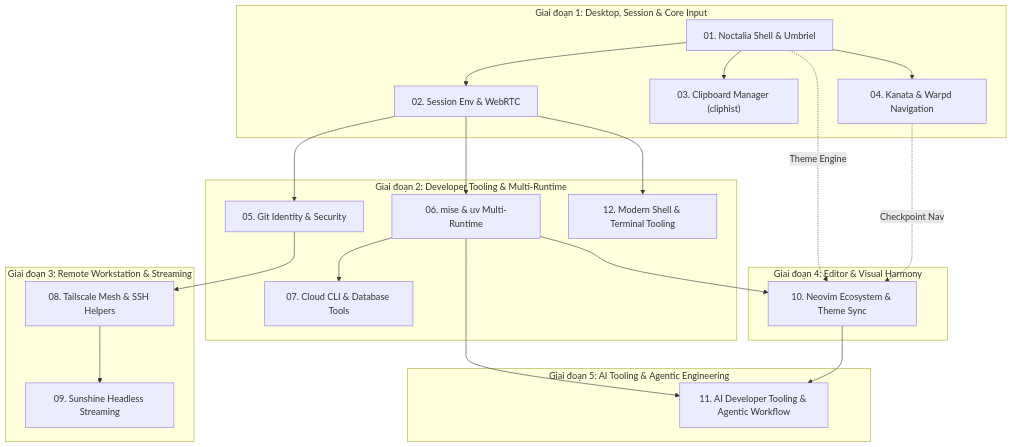
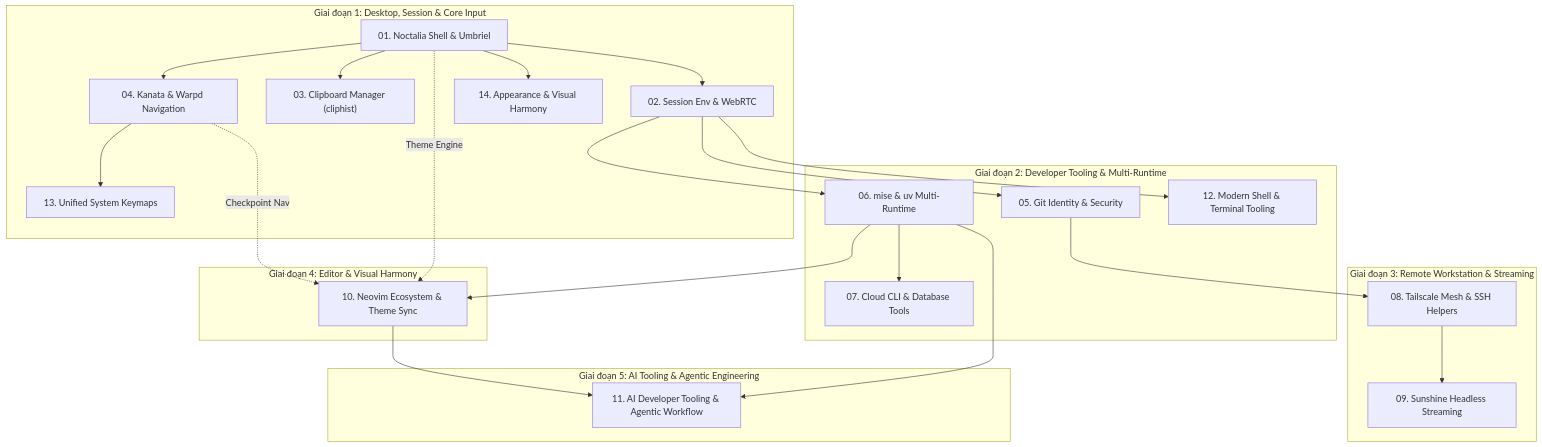
The diagram in plans/README.md (Aethries/dotfiles), drawn with Mermaid before and after one commit. The commit also changed other lines of this file and 4 other files, not shown here.

Commit message:
feat: add system keymaps and appearance plans alongside VS Code setup updates

````diff
--- a/plans/README.md
+++ b/plans/README.md
@@ -9,31 +9,33 @@
 ```mermaid
 flowchart TD
     subgraph G1["Giai đoạn 1: Desktop, Session & Core Input"]
         P01["01. Noctalia Shell & Umbriel"] --> P02["02. Session Env & WebRTC"]
         P01 --> P03["03. Clipboard Manager (cliphist)"]
         P01 --> P04["04. Kanata & Warpd Navigation"]
+        P04 --> P13["13. Unified System Keymaps"]
+        P01 --> P14["14. Appearance & Visual Harmony"]
     end
 
     subgraph G2["Giai đoạn 2: Developer Tooling & Multi-Runtime"]
         P02 --> P05["05. Git Identity & Security"]
         P02 --> P06["06. mise & uv Multi-Runtime"]
         P06 --> P07["07. Cloud CLI & Database Tools"]
         P02 --> P12["12. Modern Shell & Terminal Tooling"]
     end
 
     subgraph G3["Giai đoạn 3: Remote Workstation & Streaming"]
         P05 --> P08["08. Tailscale Mesh & SSH Helpers"]
         P08 --> P09["09. Sunshine Headless Streaming"]
     end
 
     subgraph G4["Giai đoạn 4: Editor & Visual Harmony"]
         P06 --> P10["10. Neovim Ecosystem & Theme Sync"]
         P01 -. Theme Engine .-> P10
         P04 -. Checkpoint Nav .-> P10
     end
 
     subgraph G5["Giai đoạn 5: AI Tooling & Agentic Engineering"]
         P06 --> P11["11. AI Developer Tooling & Agentic Workflow"]
         P10 --> P11
     end
 ```
````
